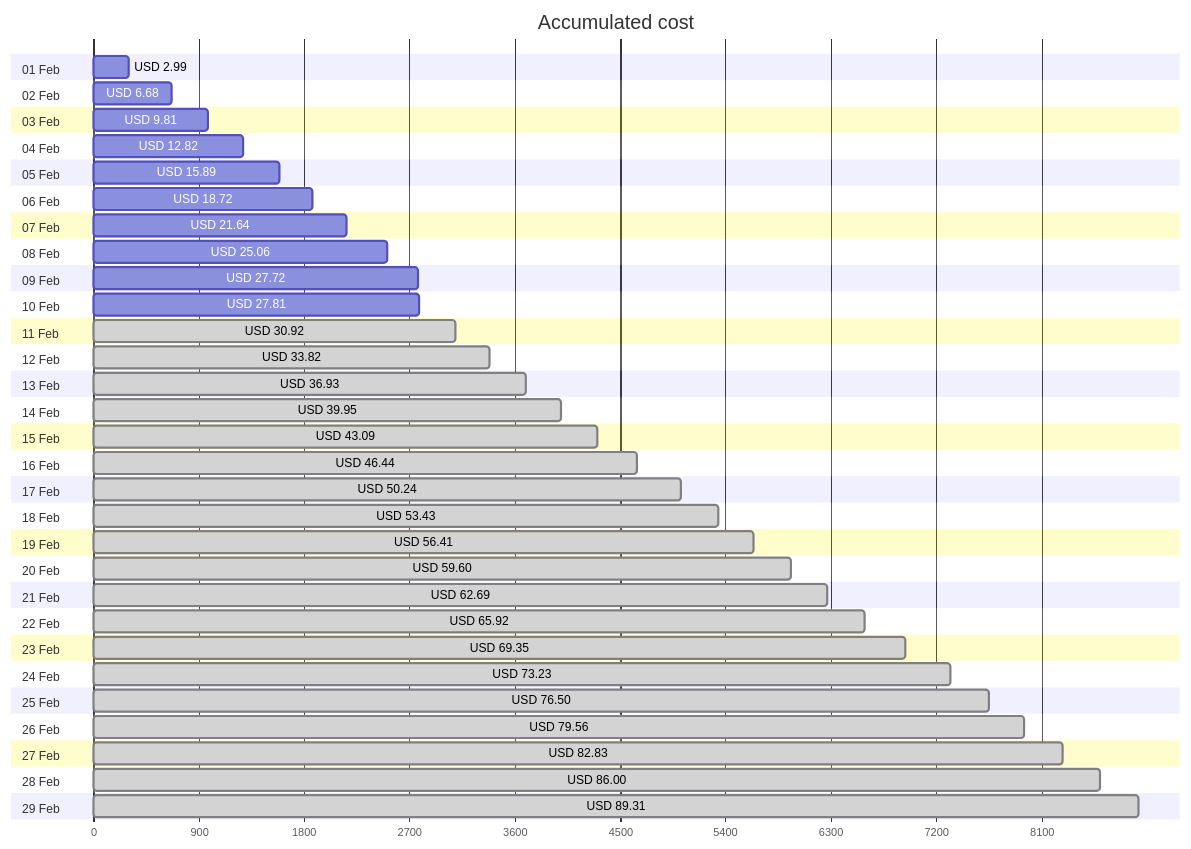
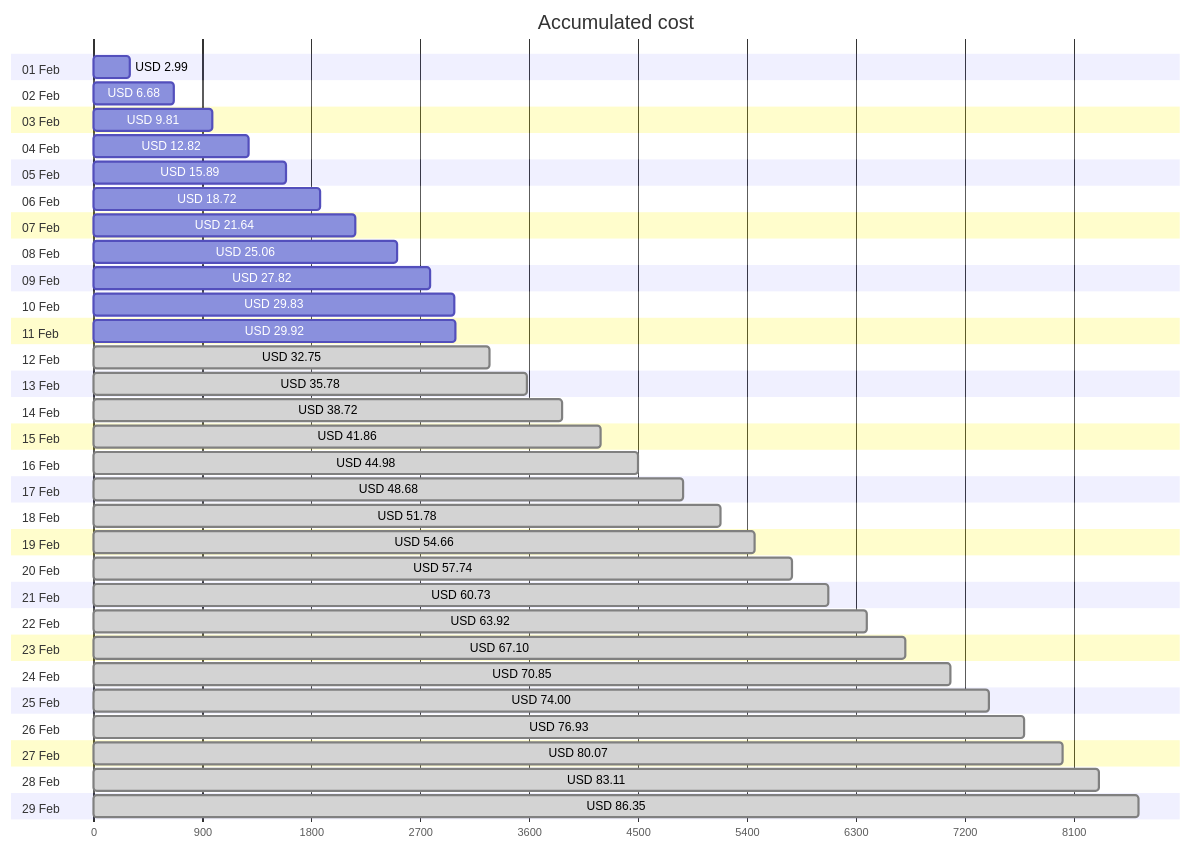
The first of 4 diagrams in cost-reports/accumulated-cost.md (jpfulton/azure-personal-reports), drawn with Mermaid before and after one commit. The commit also changed other lines of this file and 4 other files, not shown here.

````diff
--- a/cost-reports/accumulated-cost.md
+++ b/cost-reports/accumulated-cost.md
@@ -20,64 +20,64 @@
 ```mermaid
 gantt
    title Accumulated cost
    dateFormat  X
    axisFormat %s
    section 01 Feb
    USD 2.99 :0, 299
    section 02 Feb
    USD 6.68 :0, 668
    section 03 Feb
    USD 9.81 :0, 981
    section 04 Feb
    USD 12.82 :0, 1282
    section 05 Feb
    USD 15.89 :0, 1589
    section 06 Feb
    USD 18.72 :0, 1872
    section 07 Feb
    USD 21.64 :0, 2164
    section 08 Feb
    USD 25.06 :0, 2506
    section 09 Feb
-   USD 27.72 :0, 2772
+   USD 27.82 :0, 2782
    section 10 Feb
-   USD 27.81 :0, 2781
+   USD 29.83 :0, 2983
    section 11 Feb
-   USD 30.92 : done, 0, 3092
+   USD 29.92 :0, 2992
    section 12 Feb
-   USD 33.82 : done, 0, 3382
+   USD 32.75 : done, 0, 3275
    section 13 Feb
-   USD 36.93 : done, 0, 3693
+   USD 35.78 : done, 0, 3578
    section 14 Feb
-   USD 39.95 : done, 0, 3995
+   USD 38.72 : done, 0, 3872
    section 15 Feb
-   USD 43.09 : done, 0, 4309
+   USD 41.86 : done, 0, 4186
    section 16 Feb
-   USD 46.44 : done, 0, 4644
+   USD 44.98 : done, 0, 4498
    section 17 Feb
-   USD 50.24 : done, 0, 5024
+   USD 48.68 : done, 0, 4868
    section 18 Feb
-   USD 53.43 : done, 0, 5343
+   USD 51.78 : done, 0, 5178
    section 19 Feb
-   USD 56.41 : done, 0, 5641
+   USD 54.66 : done, 0, 5466
    section 20 Feb
-   USD 59.60 : done, 0, 5960
+   USD 57.74 : done, 0, 5774
    section 21 Feb
-   USD 62.69 : done, 0, 6269
+   USD 60.73 : done, 0, 6073
    section 22 Feb
-   USD 65.92 : done, 0, 6592
+   USD 63.92 : done, 0, 6392
    section 23 Feb
-   USD 69.35 : done, 0, 6935
+   USD 67.10 : done, 0, 6710
    section 24 Feb
-   USD 73.23 : done, 0, 7323
+   USD 70.85 : done, 0, 7085
    section 25 Feb
-   USD 76.50 : done, 0, 7650
+   USD 74.00 : done, 0, 7400
    section 26 Feb
-   USD 79.56 : done, 0, 7956
+   USD 76.93 : done, 0, 7693
    section 27 Feb
-   USD 82.83 : done, 0, 8283
+   USD 80.07 : done, 0, 8007
    section 28 Feb
-   USD 86.00 : done, 0, 8600
+   USD 83.11 : done, 0, 8311
    section 29 Feb
-   USD 89.31 : done, 0, 8931
+   USD 86.35 : done, 0, 8635
 ```
````
